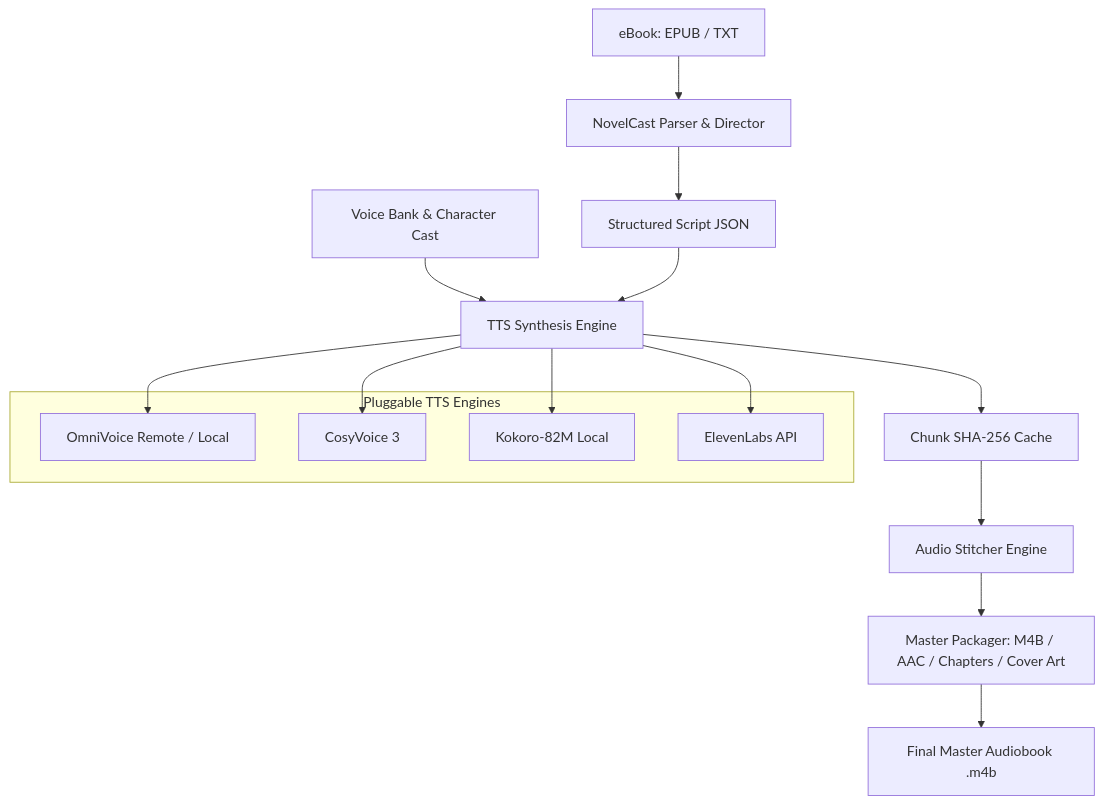
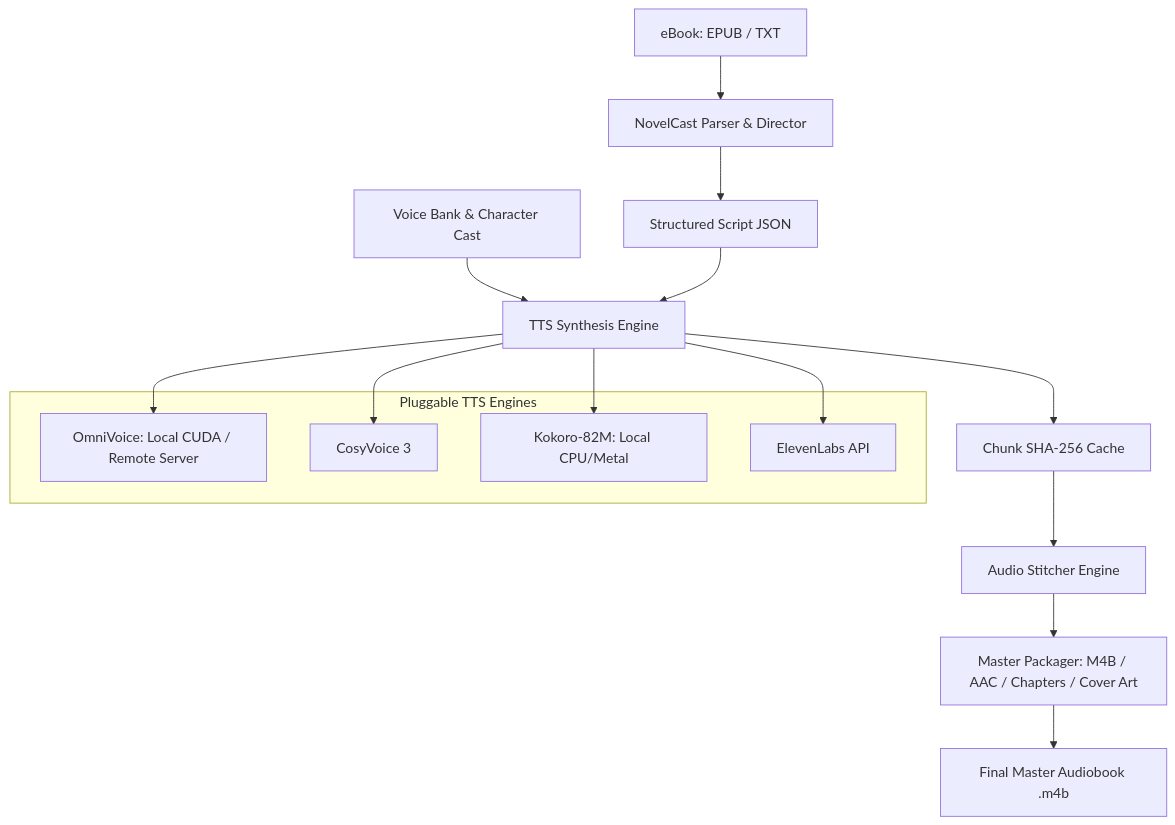
One commit to RockNCode/novelcast changed the diagram in README.md. Above: the diagram before and after it, drawn with Mermaid. The commit also changed other lines of this file and 5 other files, not shown here.

````diff
--- a/README.md
+++ b/README.md
@@ -94,21 +121,21 @@
 ```mermaid
 graph TD
     A[eBook: EPUB / TXT] --> B[NovelCast Parser & Director]
     B --> C[Structured Script JSON]
     D[Voice Bank & Character Cast] --> E[TTS Synthesis Engine]
     C --> E
     subgraph "Pluggable TTS Engines"
-        E1[OmniVoice Remote / Local]
+        E1[OmniVoice: Local CUDA / Remote Server]
         E2[CosyVoice 3]
-        E3[Kokoro-82M Local]
+        E3[Kokoro-82M: Local CPU/Metal]
         E4[ElevenLabs API]
     end
     E --> E1
     E --> E2
     E --> E3
     E --> E4
     E --> F[Chunk SHA-256 Cache]
     F --> G[Audio Stitcher Engine]
     G --> H[Master Packager: M4B / AAC / Chapters / Cover Art]
     H --> I[Final Master Audiobook .m4b]
 ```
````
